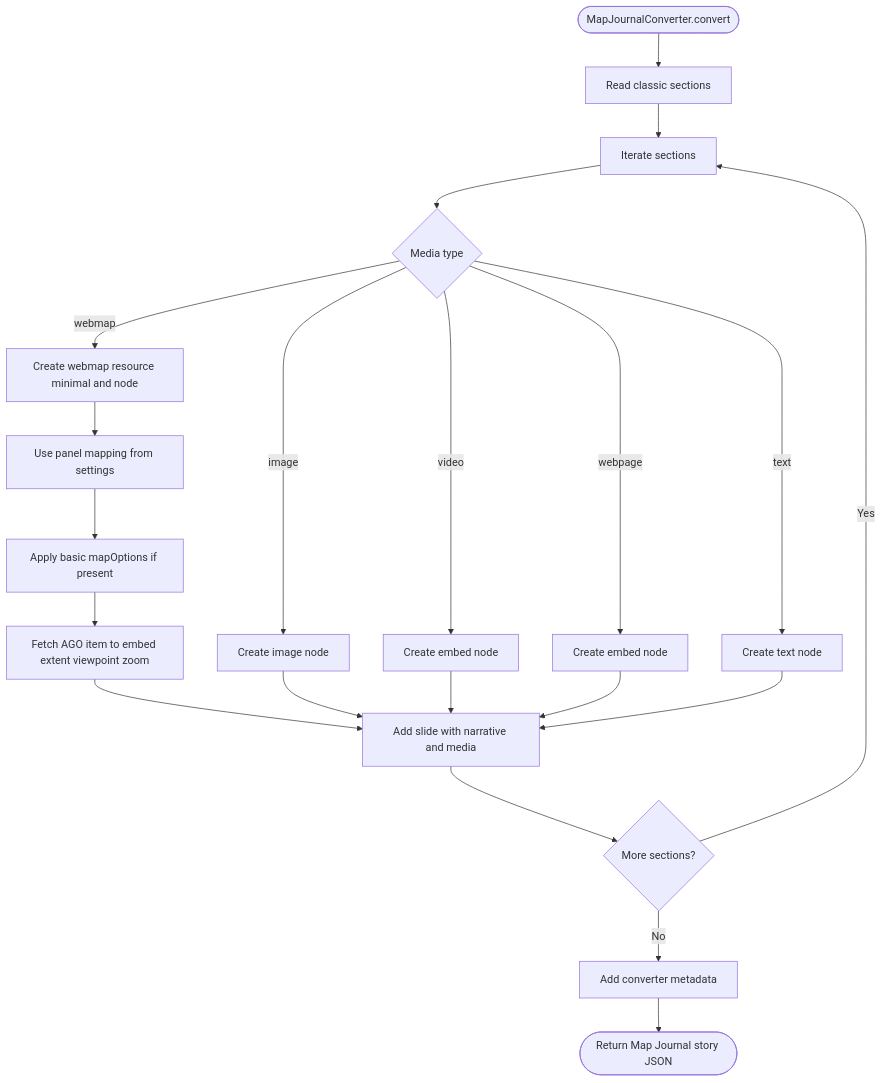
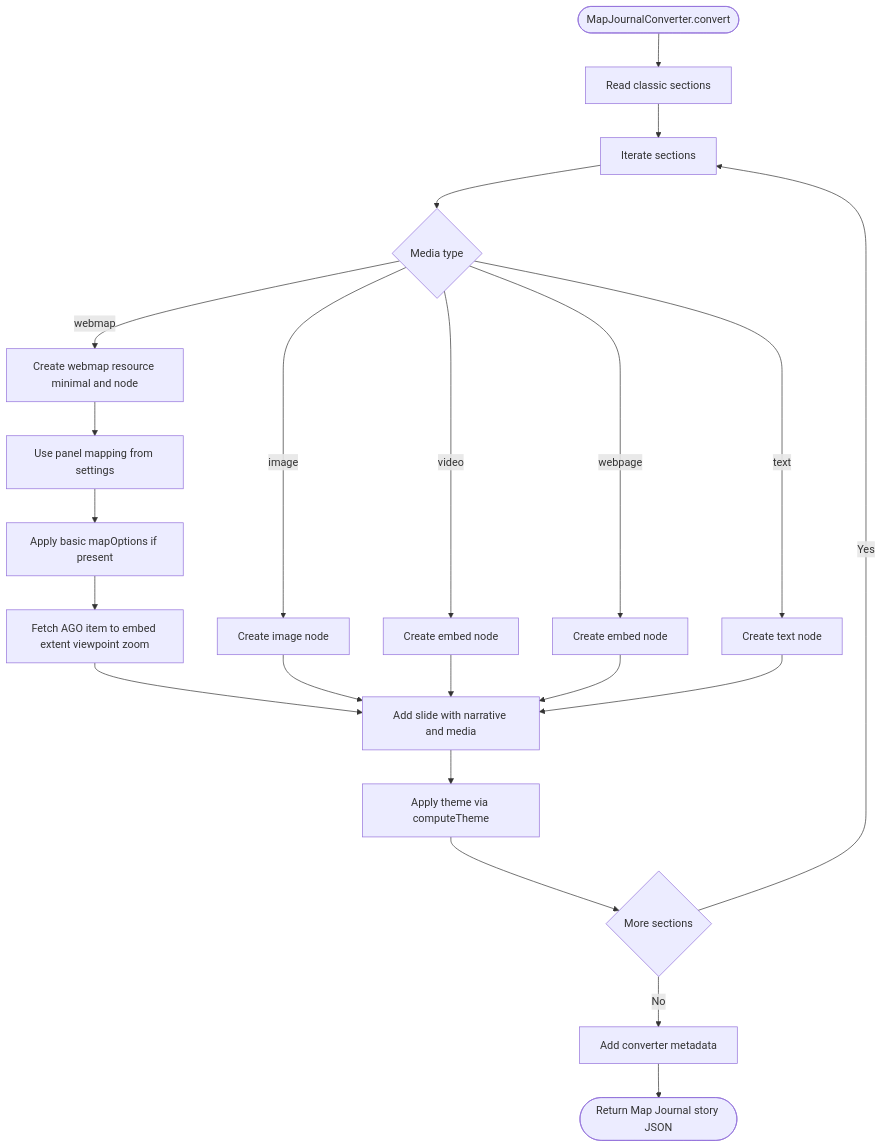
Before and after one commit to dasbury-esri/ArcGIS-StoryMaps-Classic-Converter-App: the fourth of 11 diagrams in QUARTO_LOGIC_DIAGRAM.qmd, drawn with Mermaid. The commit also changed other lines of this file and 46 other files, not shown here.

````diff
--- a/QUARTO_LOGIC_DIAGRAM.qmd
+++ b/QUARTO_LOGIC_DIAGRAM.qmd
@@ -127,27 +118,28 @@
 ```{mermaid}
 flowchart TD
   Start([MapJournalConverter.convert]) --> ReadSections[Read classic sections]
   ReadSections --> LoopSections[Iterate sections]
   LoopSections --> Classify{Media type}
 
   Classify -->|webmap| AddMap[Create webmap resource minimal and node]
   Classify -->|image| AddImage[Create image node]
   Classify -->|video| AddVideo[Create embed node]
   Classify -->|webpage| AddEmbed[Create embed node]
   Classify -->|text| AddText[Create text node]
 
   AddMap --> ApplyPanel[Use panel mapping from settings]
   ApplyPanel --> MapOptions[Apply basic mapOptions if present]
   MapOptions --> EnrichMap[Fetch AGO item to embed extent viewpoint zoom]
   EnrichMap --> AddSlide[Add slide with narrative and media]
 
   AddImage --> AddSlide
   AddVideo --> AddSlide
   AddEmbed --> AddSlide
   AddText --> AddSlide
 
-  AddSlide --> More{More sections?}
+  AddSlide --> ApplyTheme[Apply theme via computeTheme]
+  ApplyTheme --> More{More sections}
   More -->|Yes| LoopSections
   More -->|No| Metadata[Add converter metadata]
   Metadata --> End([Return Map Journal story JSON])
 ```
````
